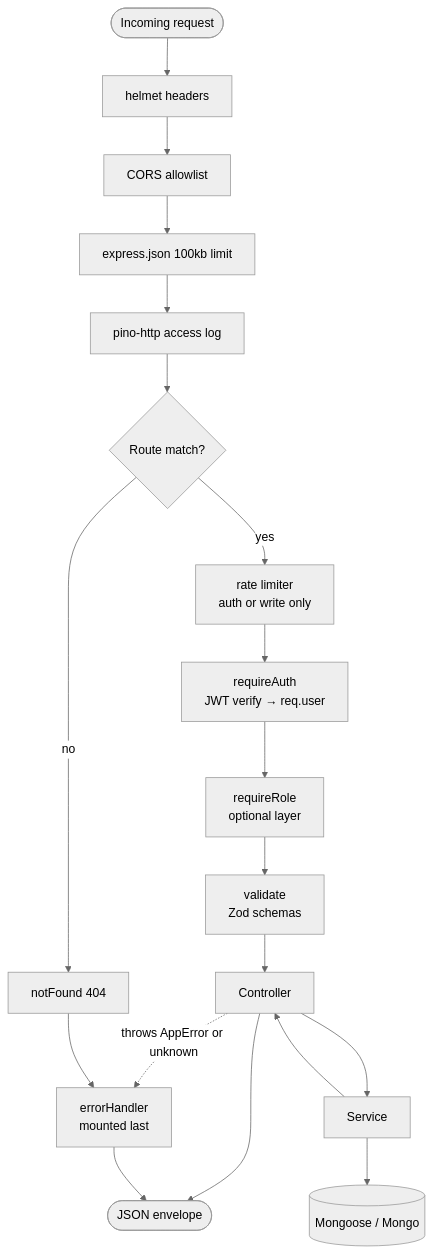
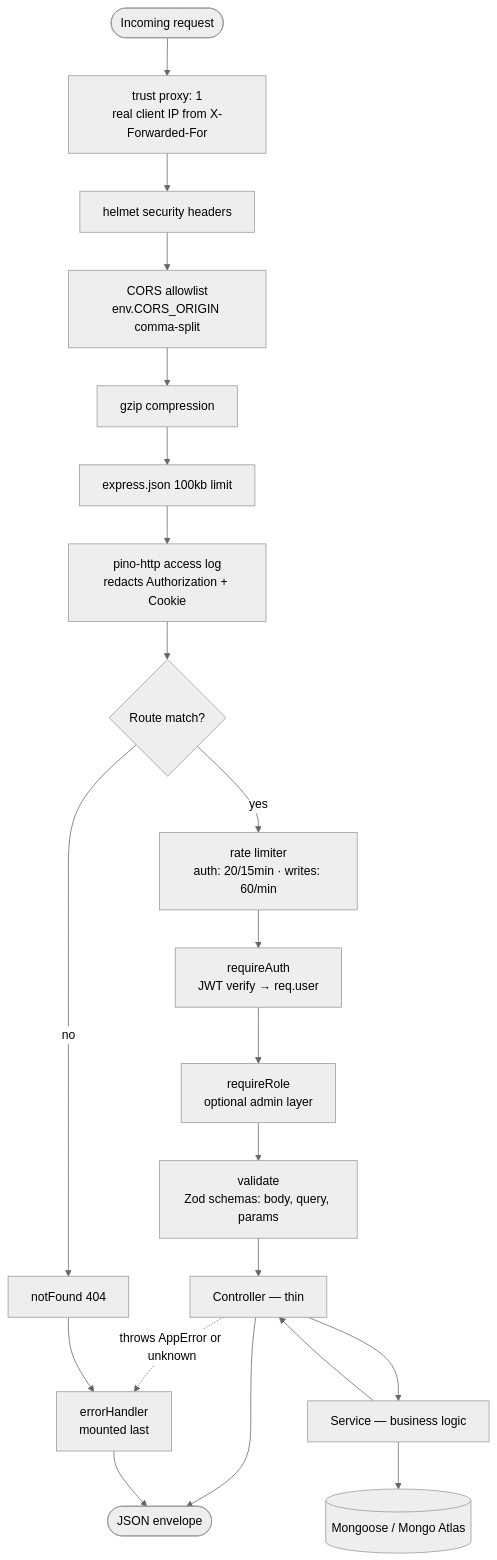
One commit to aaditya09750/Leadsrack changed the second of 6 diagrams in ARCHITECTURE.md. Above: the diagram before and after it, drawn with Mermaid (neutral theme). The commit also changed other lines of this file and 5 other files, not shown here.

````diff
--- a/ARCHITECTURE.md
+++ b/ARCHITECTURE.md
@@ -21,22 +21,24 @@
 ```mermaid
 flowchart TB
   req([Incoming request])
-  req --> helmet[helmet headers]
-  helmet --> cors[CORS allowlist]
-  cors --> body[express.json 100kb limit]
-  body --> http[pino-http access log]
+  req --> trust[trust proxy: 1<br/>real client IP from X-Forwarded-For]
+  trust --> helmet[helmet security headers]
+  helmet --> cors[CORS allowlist<br/>env.CORS_ORIGIN comma-split]
+  cors --> compression[gzip compression]
+  compression --> body[express.json 100kb limit]
+  body --> http[pino-http access log<br/>redacts Authorization + Cookie]
   http --> route{Route match?}
   route -- no --> nf[notFound 404]
-  route -- yes --> rate[rate limiter<br/>auth or write only]
+  route -- yes --> rate[rate limiter<br/>auth: 20/15min · writes: 60/min]
   rate --> auth[requireAuth<br/>JWT verify → req.user]
-  auth --> role[requireRole<br/>optional layer]
-  role --> validate[validate<br/>Zod schemas]
-  validate --> ctrl[Controller]
-  ctrl --> svc[Service]
-  svc --> mongo[(Mongoose / Mongo)]
+  auth --> role[requireRole<br/>optional admin layer]
+  role --> validate[validate<br/>Zod schemas: body, query, params]
+  validate --> ctrl[Controller — thin]
+  ctrl --> svc[Service — business logic]
+  svc --> mongo[(Mongoose / Mongo Atlas)]
   svc --> ctrl
   ctrl --> res([JSON envelope])
   ctrl -.->|throws AppError or unknown| err[errorHandler<br/>mounted last]
   err --> res
   nf --> err
 ```
````
